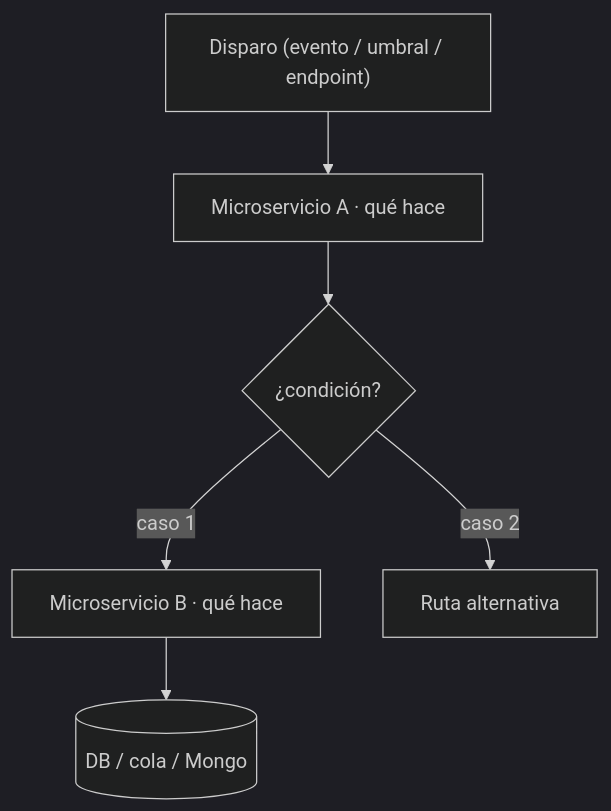
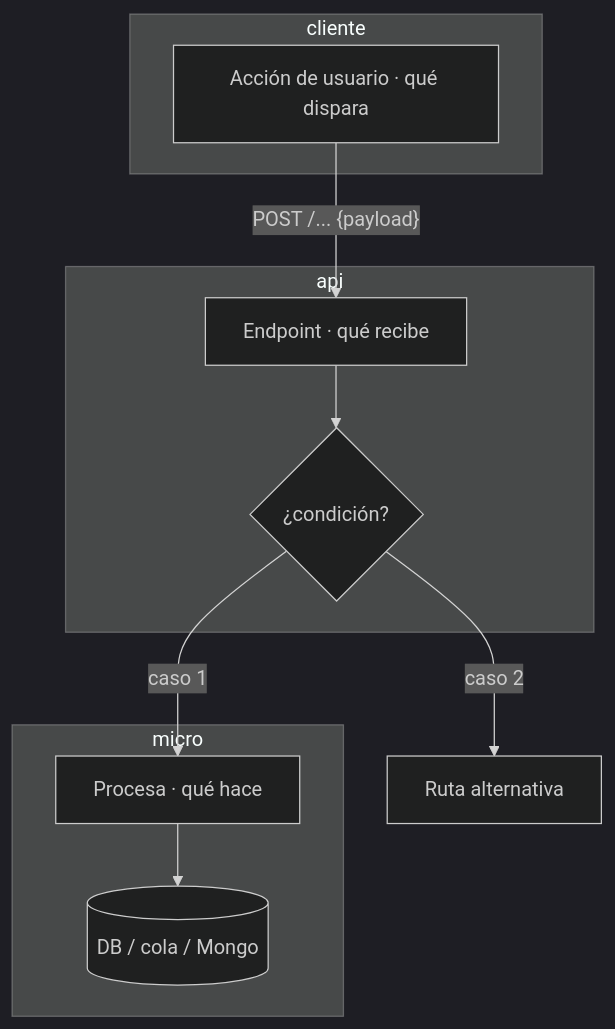
Before and after one commit to DaniRoman/Dev_Vault: the first of 2 diagrams in AKO/AKO44/Flujo trabajo con Agents/casuistica-template.md, drawn with Mermaid (dark theme). The commit also changed other lines of this file and 2 other files, not shown here.

````diff
--- a/AKO/AKO44/Flujo trabajo con Agents/casuistica-template.md
+++ b/AKO/AKO44/Flujo trabajo con Agents/casuistica-template.md
@@ -135,8 +165,15 @@
 ```mermaid
 flowchart TD
-    A["Disparo (evento / umbral / endpoint)"] --> B["Microservicio A · qué hace"]
-    B --> C{"¿condición?"}
-    C -->|"caso 1"| D["Microservicio B · qué hace"]
+    subgraph CLIENTE["cliente"]
+        A["Acción de usuario · qué dispara"]
+    end
+    subgraph API["api"]
+        B["Endpoint · qué recibe"] --> C{"¿condición?"}
+    end
+    subgraph MICRO["micro"]
+        D["Procesa · qué hace"] --> F[("DB / cola / Mongo")]
+    end
+    A -->|"POST /... {payload}"| B
+    C -->|"caso 1"| D
     C -->|"caso 2"| E["Ruta alternativa"]
-    D --> F[("DB / cola / Mongo")]
 ```
````
